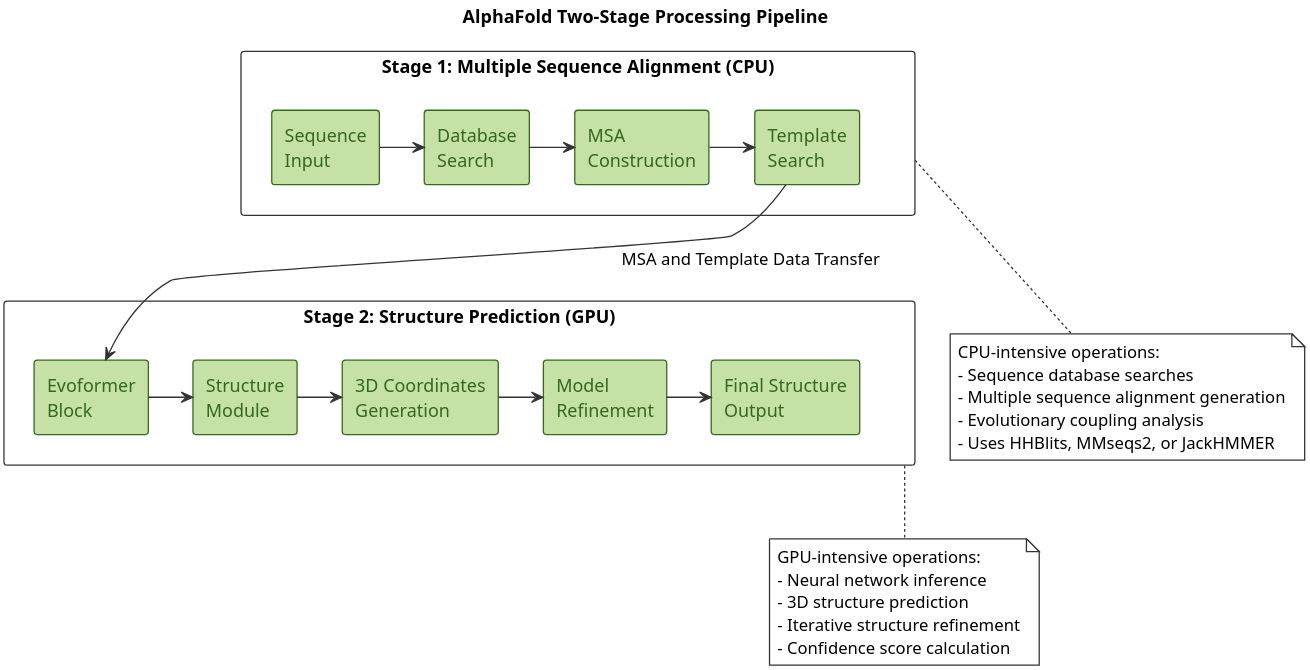
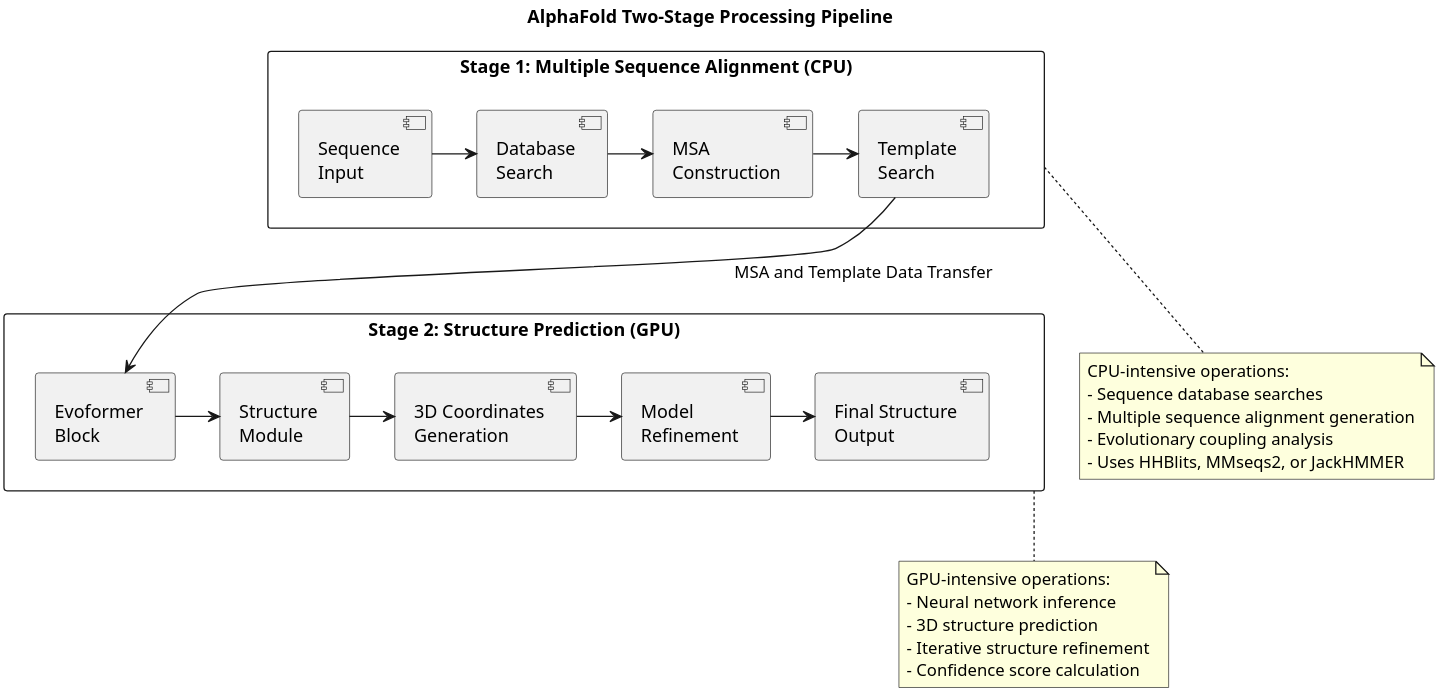
The diagram in uml/alphafold.puml (kubefold/thesis-text), drawn with PlantUML before and after one commit. The commit also changed 6 other files, not shown here.

Commit message:
feat: improve diagrams and update description for protein prediction process

```diff
--- a/uml/alphafold.puml
+++ b/uml/alphafold.puml
@@ -1,66 +1,50 @@
 @startuml
 
 skinparam dpi 300
-skinparam componentStyle rectangle
-skinparam backgroundColor white
-skinparam ArrowColor #333333
-
-<style>
-componentDiagram {
-  BackGroundColor white
-  LineThickness 1
-  LineColor #333333
-}
-component {
-  BackgroundColor #C5E1A5
-  LineColor #33691E
-  FontColor #33691E
-}
-</style>
 
 title AlphaFold Two-Stage Processing Pipeline
 
 rectangle "Stage 1: Multiple Sequence Alignment (CPU)" as stage1 {
   component "Sequence\nInput" as input
   component "Database\nSearch" as search
   component "MSA\nConstruction" as msaConstruction
   component "Template\nSearch" as templateSearch
 
   input -right-> search
   search -right-> msaConstruction
   msaConstruction -right-> templateSearch
 }
 
 rectangle "Stage 2: Structure Prediction (GPU)" as stage2 {
   component "Evoformer\nBlock" as evoformer
   component "Structure\nModule" as structModule
   component "3D Coordinates\nGeneration" as coordGen
   component "Model\nRefinement" as modelRefine
   component "Final Structure\nOutput" as output
 
   evoformer -right-> structModule
   structModule -right-> coordGen
   coordGen -right-> modelRefine
   modelRefine -right-> output
 }
 
 stage1 -right[hidden]-> stage2
 templateSearch -d-> evoformer : MSA and Template Data Transfer
 
 note bottom of stage1
   CPU-intensive operations:
   - Sequence database searches
   - Multiple sequence alignment generation
   - Evolutionary coupling analysis
   - Uses HHBlits, MMseqs2, or JackHMMER
 end note
 
 note bottom of stage2
   GPU-intensive operations:
   - Neural network inference
   - 3D structure prediction
   - Iterative structure refinement
   - Confidence score calculation
 end note
 
 @enduml
```
